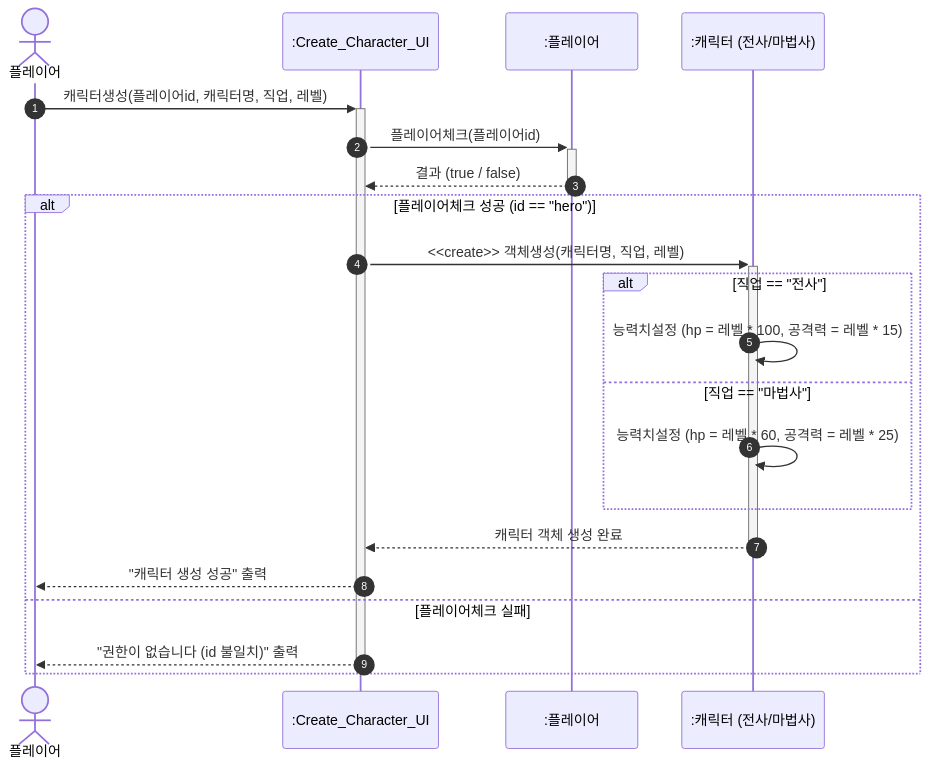
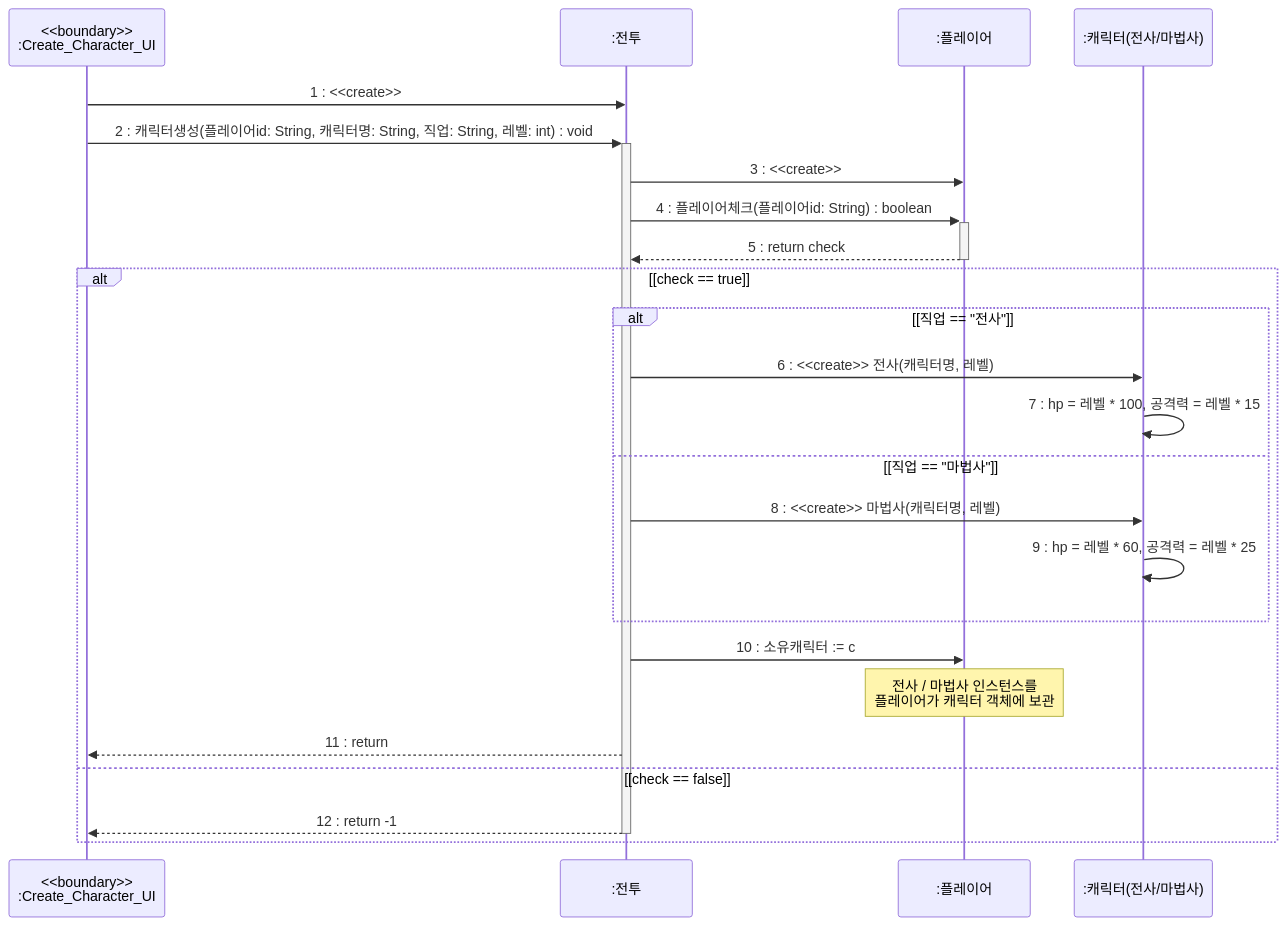
One commit to mezzunextdoor/DnF_Battle_B_03 changed the diagram in 캐릭터생성.md. Above: the diagram before and after it, drawn with Mermaid. The commit also changed 1 other file, not shown here.

Commit message:
sequenceDiagram

````diff
--- a/캐릭터생성.md
+++ b/캐릭터생성.md
@@ -1,25 +1,28 @@
 ```mermaid
 sequenceDiagram
-    autonumber
-    actor U as 플레이어
-    participant UI as :Create_Character_UI
+    participant UI as <<boundary>><br/>:Create_Character_UI
+    participant B as :전투
     participant P as :플레이어
-    participant C as :캐릭터 (전사/마법사)
+    participant C as :캐릭터(전사/마법사)
 
-    U->>+UI: 캐릭터생성(플레이어id, 캐릭터명, 직업, 레벨)
-    UI->>+P: 플레이어체크(플레이어id)
-    P-->>-UI: 결과 (true / false)
+    UI->>B: 1 : <<create>>
+    UI->>+B: 2 : 캐릭터생성(플레이어id: String, 캐릭터명: String, 직업: String, 레벨: int) : void
+    B->>P: 3 : <<create>>
+    B->>+P: 4 : 플레이어체크(플레이어id: String) : boolean
+    P-->>-B: 5 : return check
 
-    alt 플레이어체크 성공 (id == "hero")
-        UI->>+C: <<create>> 객체생성(캐릭터명, 직업, 레벨)
-        alt 직업 == "전사"
-            C->>C: 능력치설정 (hp = 레벨 * 100, 공격력 = 레벨 * 15)
-        else 직업 == "마법사"
-            C->>C: 능력치설정 (hp = 레벨 * 60, 공격력 = 레벨 * 25)
+    alt [check == true]
+        alt [직업 == "전사"]
+            B->>C: 6 : <<create>> 전사(캐릭터명, 레벨)
+            C->>C: 7 : hp = 레벨 * 100, 공격력 = 레벨 * 15
+        else [직업 == "마법사"]
+            B->>C: 8 : <<create>> 마법사(캐릭터명, 레벨)
+            C->>C: 9 : hp = 레벨 * 60, 공격력 = 레벨 * 25
         end
-        C-->>-UI: 캐릭터 객체 생성 완료
-        UI-->>U: "캐릭터 생성 성공" 출력
-    else 플레이어체크 실패
-        UI-->>-U: "권한이 없습니다 (id 불일치)" 출력
+        B->>P: 10 : 소유캐릭터 := c
+        Note over P: 전사 / 마법사 인스턴스를<br/>플레이어가 캐릭터 객체에 보관
+        B-->>UI: 11 : return
+    else [check == false]
+        B-->>-UI: 12 : return -1
     end
 ```
````
